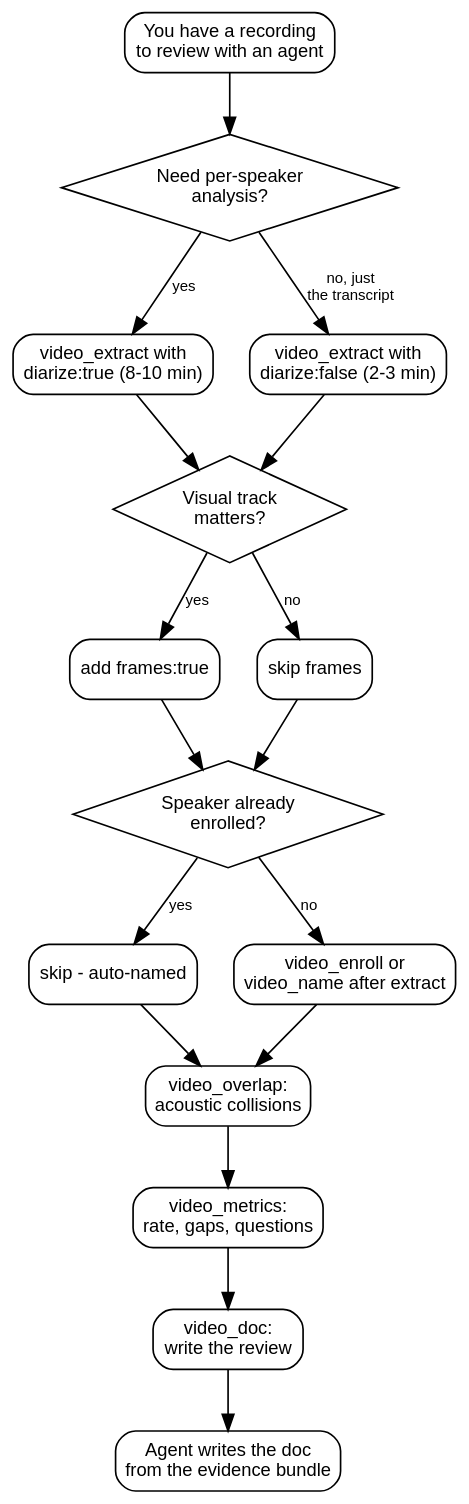
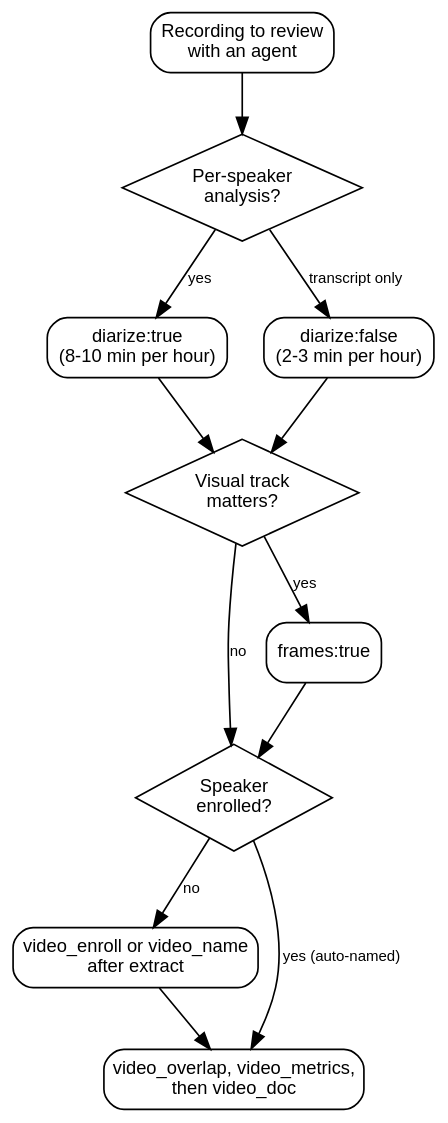
The third of 3 diagrams in src/content/docs/reference/self-hosted-transcription-for-agents.mdx (erfianugrah/lexicanum), drawn with Graphviz before and after one commit. The commit also changed other lines of this file and 14 other files, not shown here.

First line of the commit message:
docs(harnesses): presentation, diagram and prose pass over the pi harness series (lexicanum#57)

````diff
--- a/src/content/docs/reference/self-hosted-transcription-for-agents.mdx
+++ b/src/content/docs/reference/self-hosted-transcription-for-agents.mdx
@@ -233,41 +254,31 @@
 ```dot
 digraph {
   rankdir=TB; bgcolor="transparent"; nodesep=0.3; ranksep=0.5;
   fontname="Helvetica,Arial,sans-serif";
   node [fontname="Helvetica,Arial,sans-serif", fontsize=11, shape=diamond, margin="0.1,0.05"];
   edge [fontname="Helvetica,Arial,sans-serif", fontsize=9];
 
-  start [label="You have a recording\nto review with an agent", shape=box, style=rounded];
-  q_dia [label="Need per-speaker\nanalysis?"];
+  start [label="Recording to review\nwith an agent", shape=box, style=rounded];
+  q_dia [label="Per-speaker\nanalysis?"];
   q_vis [label="Visual track\nmatters?"];
-  q_name [label="Speaker already\nenrolled?"];
+  q_name [label="Speaker\nenrolled?"];
 
-  r_ext_dia [label="video_extract with\ndiarize:true (8-10 min)", shape=box, style=rounded];
-  r_ext_txt [label="video_extract with\ndiarize:false (2-3 min)", shape=box, style=rounded];
-  r_frames [label="add frames:true", shape=box, style=rounded];
-  r_no_frames [label="skip frames", shape=box, style=rounded];
-  r_enroll [label="skip - auto-named", shape=box, style=rounded];
-  r_name [label="video_enroll or\nvideo_name after extract", shape=box, style=rounded];
-  r_overlap [label="video_overlap:\nacoustic collisions", shape=box, style=rounded];
-  r_metrics [label="video_metrics:\nrate, gaps, questions", shape=box, style=rounded];
-  r_doc [label="video_doc:\nwrite the review", shape=box, style=rounded];
-  r_done [label="Agent writes the doc\nfrom the evidence bundle", shape=box, style=rounded];
+  r_dia [label="diarize:true\n(8-10 min per hour)", shape=box, style=rounded];
+  r_txt [label="diarize:false\n(2-3 min per hour)", shape=box, style=rounded];
+  r_frames [label="frames:true", shape=box, style=rounded];
+  r_enroll [label="video_enroll or video_name\nafter extract", shape=box, style=rounded];
+  r_analyse [label="video_overlap, video_metrics,\nthen video_doc", shape=box, style=rounded];
 
   start -> q_dia;
-  q_dia -> r_ext_dia [label="yes"];
-  q_dia -> r_ext_txt [label="no, just\nthe transcript"];
-  r_ext_dia -> q_vis;
-  r_ext_txt -> q_vis;
+  q_dia -> r_dia [label="yes"];
+  q_dia -> r_txt [label="transcript only"];
+  r_dia -> q_vis;
+  r_txt -> q_vis;
+  q_vis -> q_name [label="no"];
   q_vis -> r_frames [label="yes"];
-  q_vis -> r_no_frames [label="no"];
   r_frames -> q_name;
-  r_no_frames -> q_name;
-  q_name -> r_enroll [label="yes"];
-  q_name -> r_name [label="no"];
-  r_enroll -> r_overlap;
-  r_name -> r_overlap;
-  r_overlap -> r_metrics;
-  r_metrics -> r_doc;
-  r_doc -> r_done;
+  q_name -> r_analyse [label="yes (auto-named)"];
+  q_name -> r_enroll [label="no"];
+  r_enroll -> r_analyse;
 }
 ```
````
